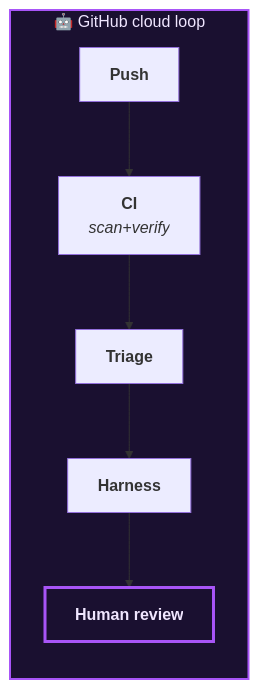
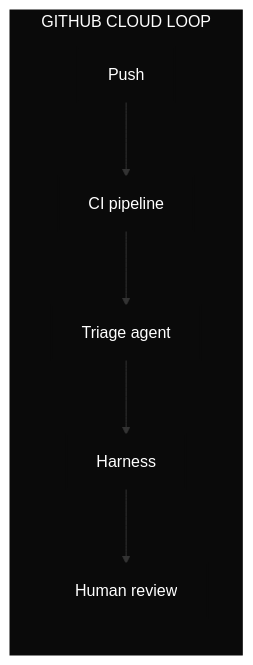
One commit to arifbazli/shift-left-cloud-sandbox changed the diagram in docs/diagrams/github-loop.mmd. Above: the diagram before and after it, drawn with Mermaid. The commit also changed 8 other files, not shown here.

First line of the commit message:
docs: redesign diagrams in modern B&W aesthetic

```diff
--- a/docs/diagrams/github-loop.mmd
+++ b/docs/diagrams/github-loop.mmd
@@ -1,13 +1,15 @@
 flowchart LR
-    subgraph GH["🤖 GitHub cloud loop"]
+    subgraph GH["GITHUB CLOUD LOOP"]
         direction TB
-        PUSH["<b>Push</b>"]
-        CI["<b>CI</b><br/><i>scan+verify</i>"]
-        TRI["<b>Triage</b>"]
-        PI["<b>Harness</b>"]
-        HR["<b>Human review</b>"]
+        PUSH["Push"]
+        CI["CI pipeline"]
+        TRI["Triage agent"]
+        PI["Harness"]
+        HR["Human review"]
         PUSH --> CI --> TRI --> PI --> HR
     end
 
-    style GH fill:#1a1030,stroke:#a855f7,color:#f0e6ff,stroke-width:2px
-    style HR fill:#1a1030,stroke:#a855f7,color:#f0e6ff,stroke-width:3px
+    classDef section fill:#0a0a0a,stroke:#0a0a0a,color:#ffffff,stroke-width:1px
+    classDef black fill:#0a0a0a,stroke:#0a0a0a,color:#ffffff,stroke-width:2px
+    class GH section
+    class PUSH,CI,TRI,PI,HR black
```
